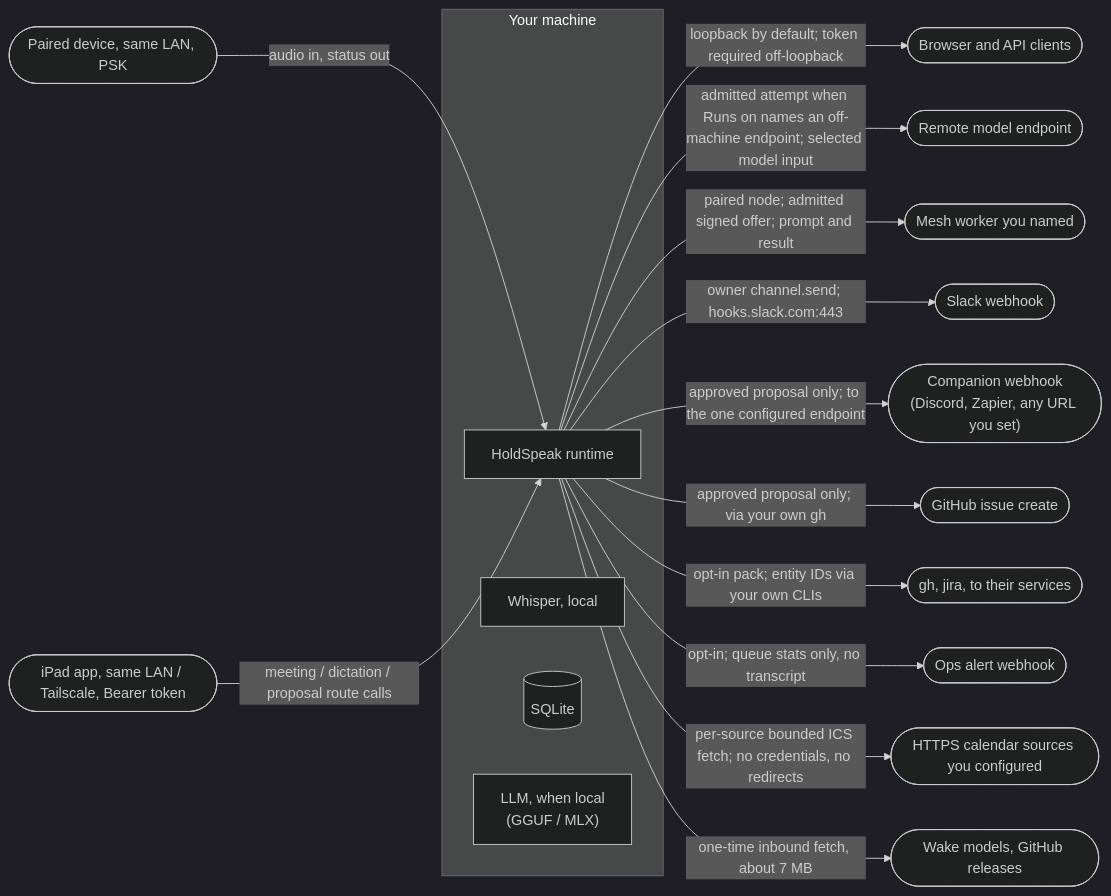
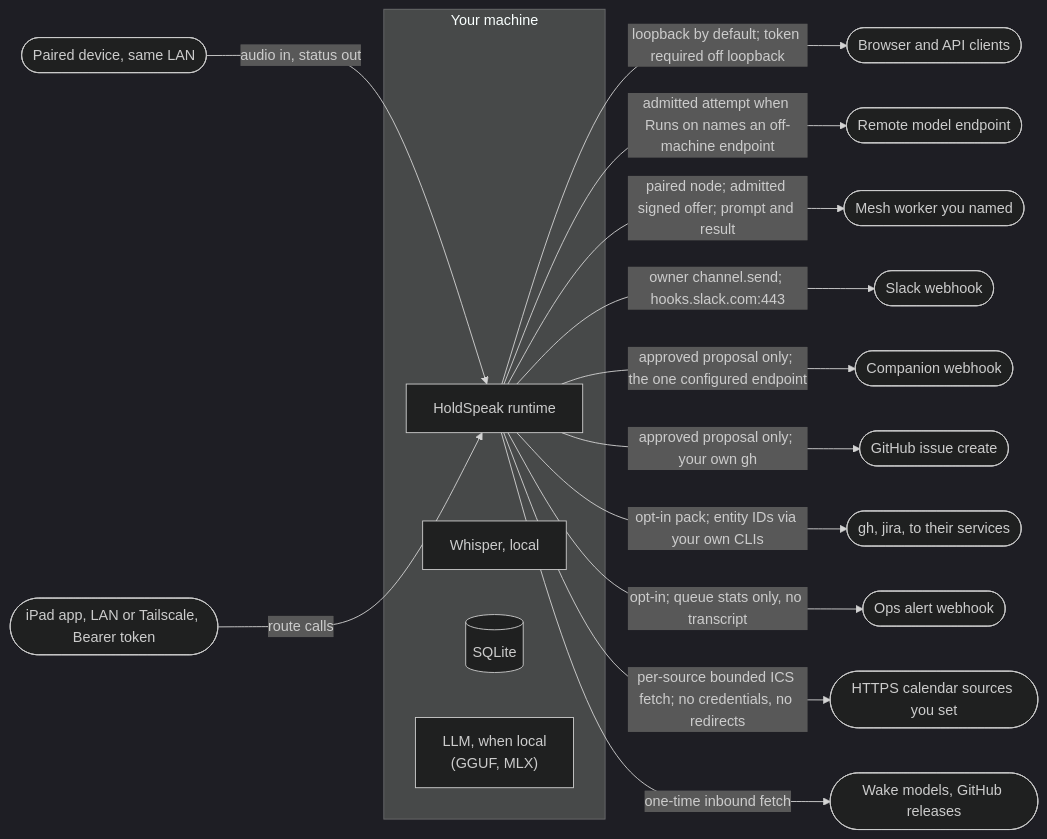
One commit to karolswdev/HoldSpeak changed the eighth of 8 diagrams in docs/ARCHITECTURE.md. Above: the diagram before and after it, drawn with Mermaid (dark theme). The commit also changed other lines of this file and 66 other files, not shown here.

````diff
--- a/docs/ARCHITECTURE.md
+++ b/docs/ARCHITECTURE.md
@@ -1238,21 +580,21 @@
 ```mermaid
 flowchart LR
   subgraph machine["Your machine"]
     RT["HoldSpeak runtime"]
     WH["Whisper, local"]
     DB[("SQLite")]
-    LL["LLM, when local<br/>(GGUF / MLX)"]
+    LL["LLM, when local<br/>(GGUF, MLX)"]
   end
-  RT -->|"loopback by default; token required off-loopback"| WEB(["Browser and API clients"])
-  RT -->|"admitted attempt when Runs on names an off-machine endpoint; selected model input"| CLOUD(["Remote model endpoint"])
+  RT -->|"loopback by default; token required off loopback"| WEB(["Browser and API clients"])
+  RT -->|"admitted attempt when Runs on names an off-machine endpoint"| CLOUD(["Remote model endpoint"])
   RT -->|"paired node; admitted signed offer; prompt and result"| NODE(["Mesh worker you named"])
   RT -->|"owner channel.send; hooks.slack.com:443"| SK(["Slack webhook"])
-  RT -->|"approved proposal only; to the one configured endpoint"| WHK(["Companion webhook<br/>(Discord, Zapier, any URL you set)"])
-  RT -->|"approved proposal only; via your own gh"| GH(["GitHub issue create"])
+  RT -->|"approved proposal only; the one configured endpoint"| WHK(["Companion webhook"])
+  RT -->|"approved proposal only; your own gh"| GH(["GitHub issue create"])
   RT -->|"opt-in pack; entity IDs via your own CLIs"| CLI(["gh, jira, to their services"])
   RT -->|"opt-in; queue stats only, no transcript"| OPS(["Ops alert webhook"])
-  RT -->|"per-source bounded ICS fetch; no credentials, no redirects"| ICS(["HTTPS calendar sources you configured"])
-  RT -->|"one-time inbound fetch, about 7 MB"| WM(["Wake models, GitHub releases"])
-  DEVCE(["Paired device, same LAN, PSK"]) -->|"audio in, status out"| RT
-  IPAD(["iPad app, same LAN / Tailscale, Bearer token"]) -->|"meeting / dictation / proposal route calls"| RT
+  RT -->|"per-source bounded ICS fetch; no credentials, no redirects"| ICS(["HTTPS calendar sources you set"])
+  RT -->|"one-time inbound fetch"| WM(["Wake models, GitHub releases"])
+  DEVCE(["Paired device, same LAN"]) -->|"audio in, status out"| RT
+  IPAD(["iPad app, LAN or Tailscale, Bearer token"]) -->|"route calls"| RT
 ```
````
